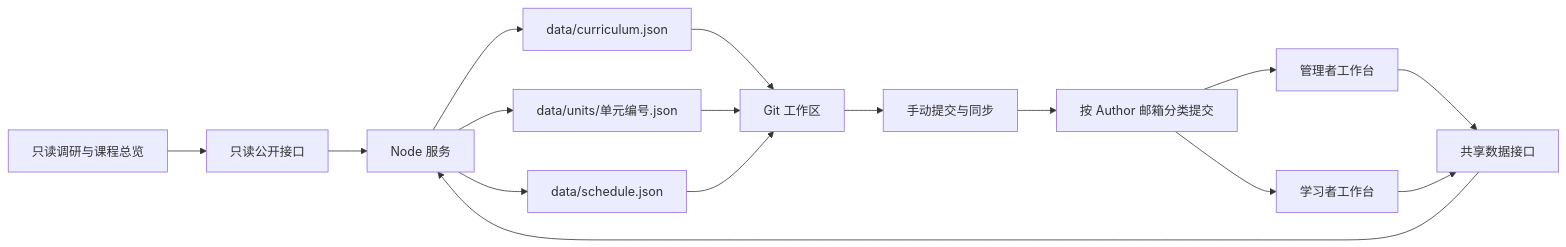
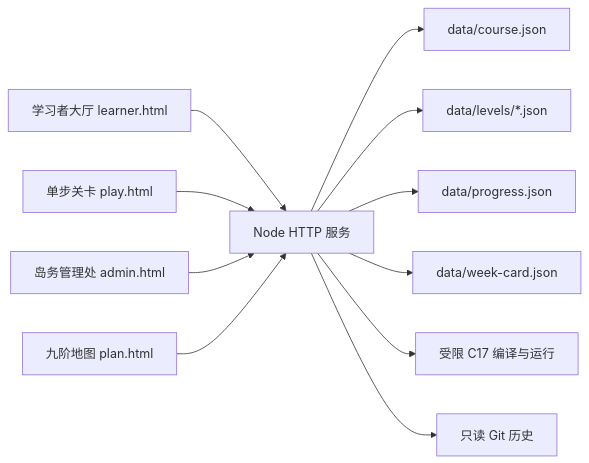
One commit to Mahoo12138/eggy-learning changed the diagram in Node零依赖改造方案.md. Above: the diagram before and after it, drawn with Mermaid. The commit also changed other lines of this file and 69 other files, not shown here.

````diff
--- a/Node零依赖改造方案.md
+++ b/Node零依赖改造方案.md
@@ -11,18 +25,13 @@
 ```mermaid
 flowchart LR
-  R[只读调研与课程总览] --> P[只读公开接口]
-  A[管理者工作台] --> S[共享数据接口]
-  B[学习者工作台] --> S
-  P --> N[Node 服务]
-  S --> N
-  N --> C[data/curriculum.json]
-  N --> U[data/units/单元编号.json]
-  N --> W[data/schedule.json]
-  C --> G[Git 工作区]
-  U --> G
-  W --> G
-  G --> H[手动提交与同步]
-  H --> L[按 Author 邮箱分类提交]
-  L --> A
-  L --> B
+  L[学习者大厅 learner.html] --> H[Node HTTP 服务]
+  P[单步关卡 play.html] --> H
+  A[岛务管理处 admin.html] --> H
+  M[九阶地图 plan.html] --> H
+  H --> C[data/course.json]
+  H --> D[data/levels/*.json]
+  H --> R[data/progress.json]
+  H --> W[data/week-card.json]
+  H --> X[受限 C17 编译与运行]
+  H --> G[只读 Git 历史]
 ```
````
